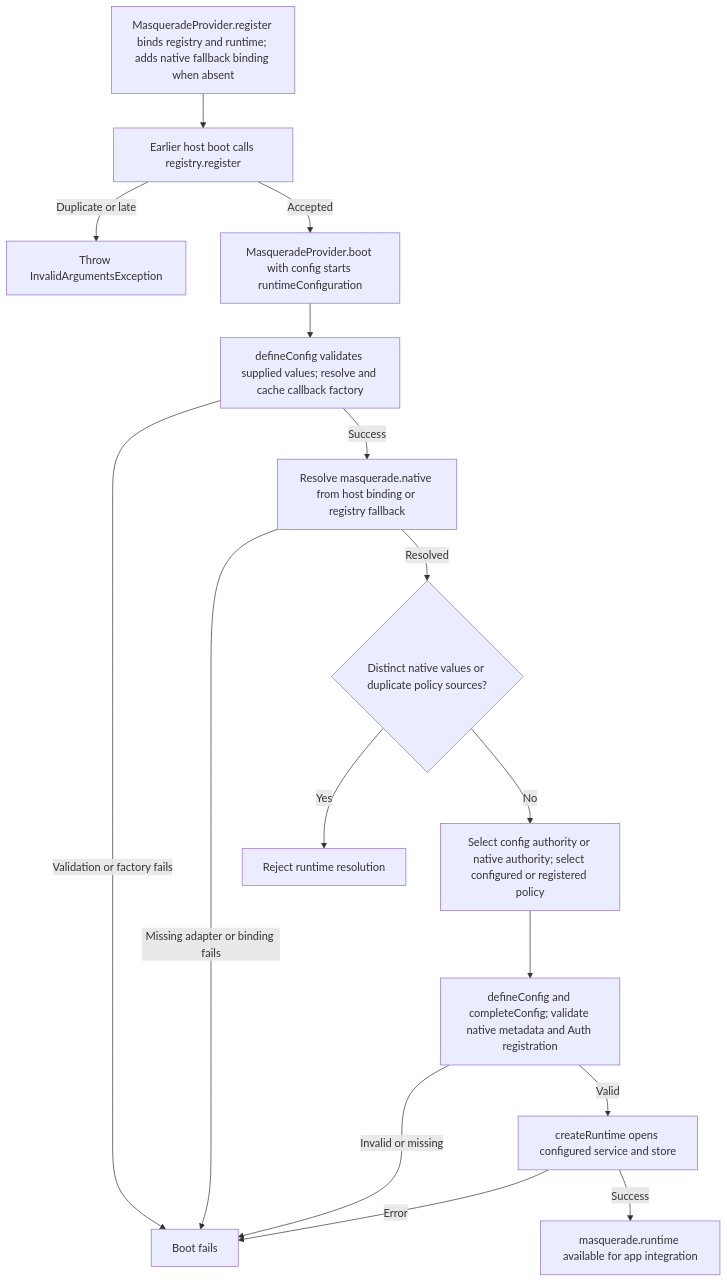
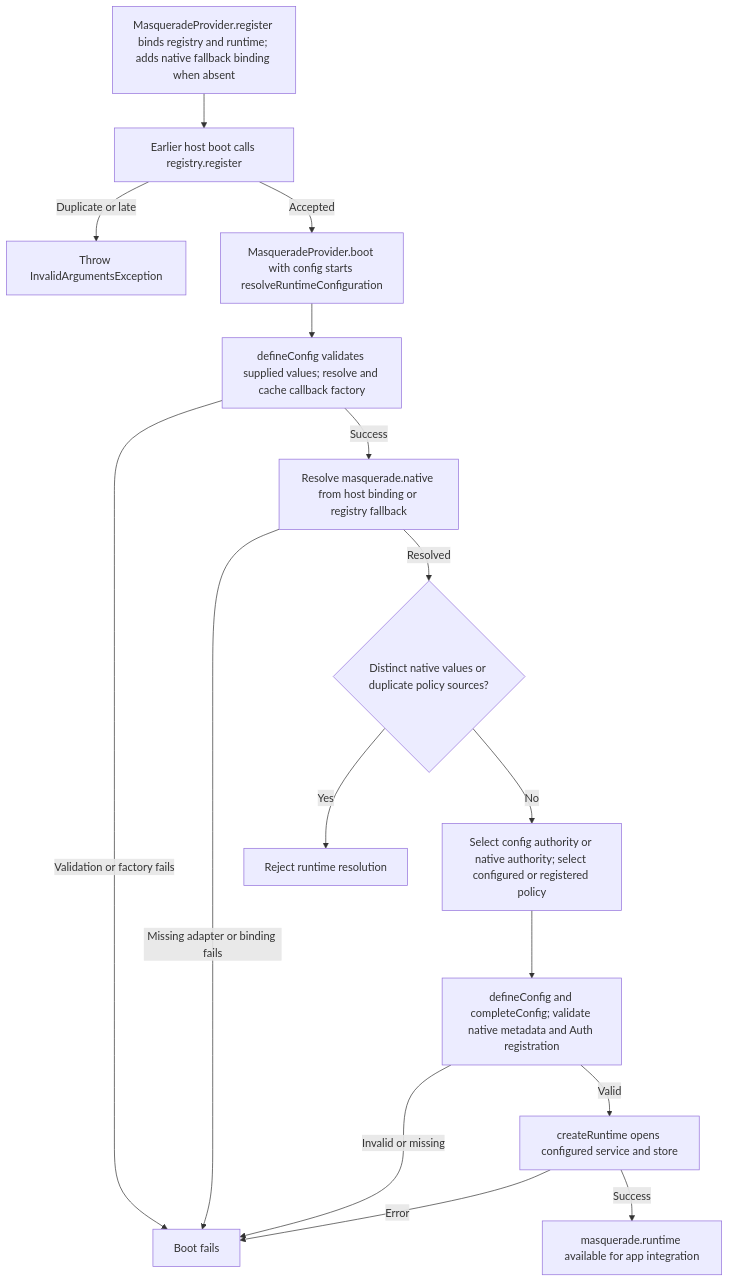
Before and after one commit to Kevinjohn/oss-adonisjs-masquerade: the second of 2 diagrams in user-stories/configure-masquerade/us-setup-03-register-integration-callbacks.md, drawn with Mermaid. The commit also changed 61 other files, not shown here.

````diff
--- a/user-stories/configure-masquerade/us-setup-03-register-integration-callbacks.md
+++ b/user-stories/configure-masquerade/us-setup-03-register-integration-callbacks.md
@@ -36,18 +36,18 @@
 ```mermaid
 flowchart TD
     A["MasqueradeProvider.register binds registry and runtime; adds native fallback binding when absent"] --> B["Earlier host boot calls registry.register"]
     B -->|Duplicate or late| X["Throw InvalidArgumentsException"]
-    B -->|Accepted| C["MasqueradeProvider.boot with config starts runtimeConfiguration"]
+    B -->|Accepted| C["MasqueradeProvider.boot with config starts resolveRuntimeConfiguration"]
     C --> D["defineConfig validates supplied values; resolve and cache callback factory"]
     D -->|Validation or factory fails| Y["Boot fails"]
     D -->|Success| E["Resolve masquerade.native from host binding or registry fallback"]
     E -->|Missing adapter or binding fails| Y
     E -->|Resolved| G{"Distinct native values or duplicate policy sources?"}
     G -->|Yes| X2["Reject runtime resolution"]
     G -->|No| H["Select config authority or native authority; select configured or registered policy"]
     H --> I["defineConfig and completeConfig; validate native metadata and Auth registration"]
     I -->|Invalid or missing| Y
     I -->|Valid| K["createRuntime opens configured service and store"]
     K -->|Error| Y
     K -->|Success| L["masquerade.runtime available for app integration"]
 ```
````
